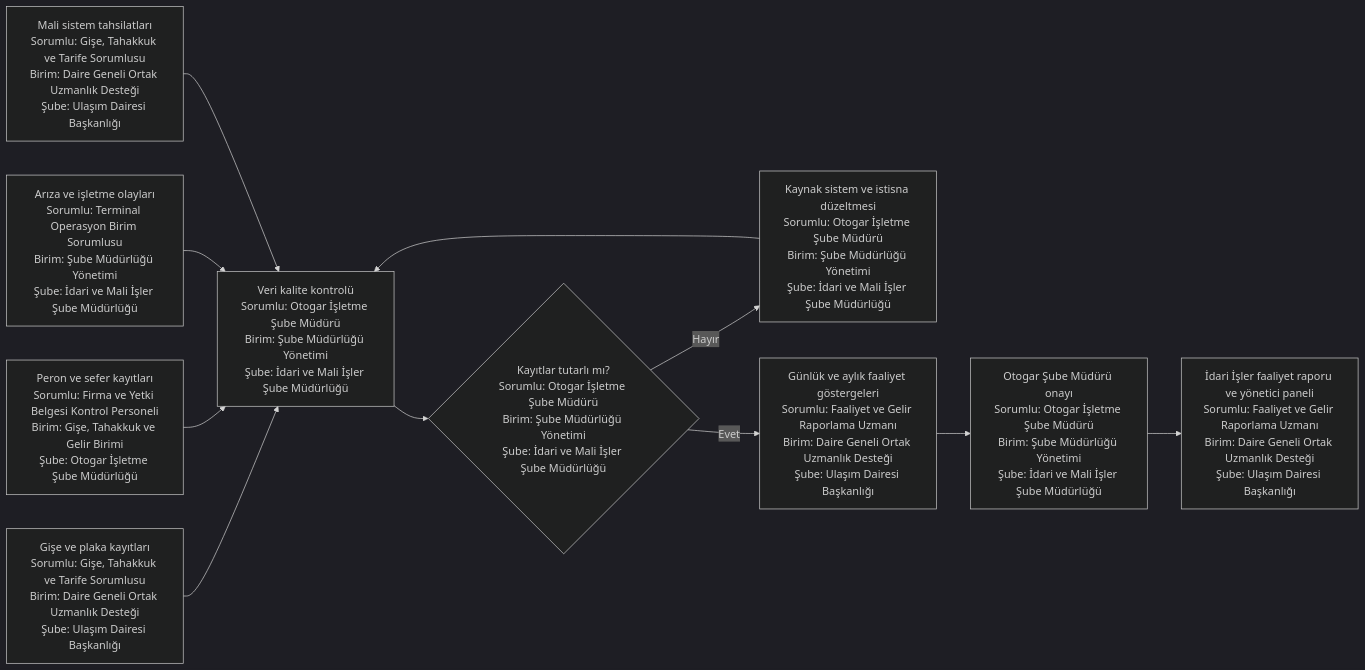
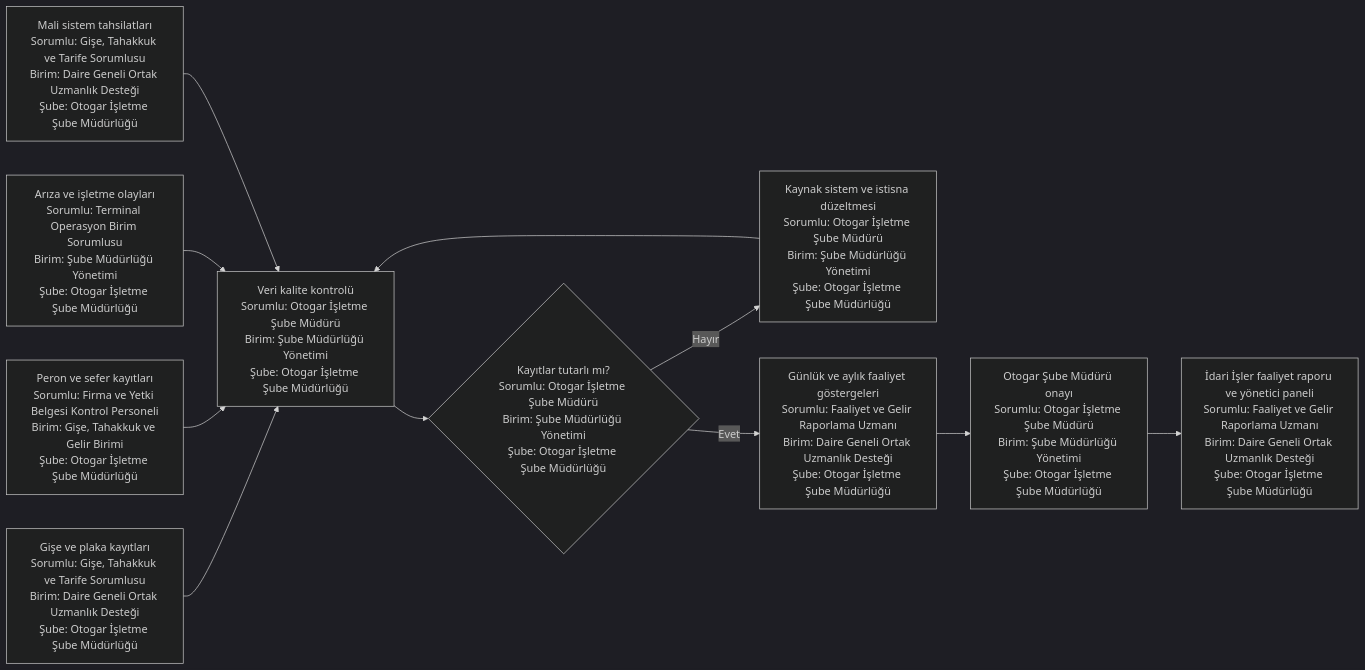
The fourth of 4 diagrams in 15_yalin_surec_haritalari/otogar/README.md (merdaergen-create/Ulasim_Dairesi_Is_Analizi), drawn with Mermaid (dark theme) before and after one commit. The commit also changed other lines of this file and 8 other files, not shown here.

````diff
--- a/15_yalin_surec_haritalari/otogar/README.md
+++ b/15_yalin_surec_haritalari/otogar/README.md
@@ -131,13 +131,13 @@
 ```mermaid
 flowchart LR
-    A[Gişe ve plaka kayıtları<br/>Sorumlu: Gişe, Tahakkuk ve Tarife Sorumlusu<br/>Birim: Daire Geneli Ortak Uzmanlık Desteği<br/>Şube: Ulaşım Dairesi Başkanlığı] --> E[Veri kalite kontrolü<br/>Sorumlu: Otogar İşletme Şube Müdürü<br/>Birim: Şube Müdürlüğü Yönetimi<br/>Şube: İdari ve Mali İşler Şube Müdürlüğü]
+    A[Gişe ve plaka kayıtları<br/>Sorumlu: Gişe, Tahakkuk ve Tarife Sorumlusu<br/>Birim: Daire Geneli Ortak Uzmanlık Desteği<br/>Şube: Otogar İşletme Şube Müdürlüğü] --> E[Veri kalite kontrolü<br/>Sorumlu: Otogar İşletme Şube Müdürü<br/>Birim: Şube Müdürlüğü Yönetimi<br/>Şube: Otogar İşletme Şube Müdürlüğü]
     B[Peron ve sefer kayıtları<br/>Sorumlu: Firma ve Yetki Belgesi Kontrol Personeli<br/>Birim: Gişe, Tahakkuk ve Gelir Birimi<br/>Şube: Otogar İşletme Şube Müdürlüğü] --> E
-    C[Arıza ve işletme olayları<br/>Sorumlu: Terminal Operasyon Birim Sorumlusu<br/>Birim: Şube Müdürlüğü Yönetimi<br/>Şube: İdari ve Mali İşler Şube Müdürlüğü] --> E
-    D[Mali sistem tahsilatları<br/>Sorumlu: Gişe, Tahakkuk ve Tarife Sorumlusu<br/>Birim: Daire Geneli Ortak Uzmanlık Desteği<br/>Şube: Ulaşım Dairesi Başkanlığı] --> E
-    E --> F{Kayıtlar tutarlı mı?<br/>Sorumlu: Otogar İşletme Şube Müdürü<br/>Birim: Şube Müdürlüğü Yönetimi<br/>Şube: İdari ve Mali İşler Şube Müdürlüğü}
-    F -- Hayır --> G[Kaynak sistem ve istisna düzeltmesi<br/>Sorumlu: Otogar İşletme Şube Müdürü<br/>Birim: Şube Müdürlüğü Yönetimi<br/>Şube: İdari ve Mali İşler Şube Müdürlüğü]
+    C[Arıza ve işletme olayları<br/>Sorumlu: Terminal Operasyon Birim Sorumlusu<br/>Birim: Şube Müdürlüğü Yönetimi<br/>Şube: Otogar İşletme Şube Müdürlüğü] --> E
+    D[Mali sistem tahsilatları<br/>Sorumlu: Gişe, Tahakkuk ve Tarife Sorumlusu<br/>Birim: Daire Geneli Ortak Uzmanlık Desteği<br/>Şube: Otogar İşletme Şube Müdürlüğü] --> E
+    E --> F{Kayıtlar tutarlı mı?<br/>Sorumlu: Otogar İşletme Şube Müdürü<br/>Birim: Şube Müdürlüğü Yönetimi<br/>Şube: Otogar İşletme Şube Müdürlüğü}
+    F -- Hayır --> G[Kaynak sistem ve istisna düzeltmesi<br/>Sorumlu: Otogar İşletme Şube Müdürü<br/>Birim: Şube Müdürlüğü Yönetimi<br/>Şube: Otogar İşletme Şube Müdürlüğü]
     G --> E
-    F -- Evet --> H[Günlük ve aylık faaliyet göstergeleri<br/>Sorumlu: Faaliyet ve Gelir Raporlama Uzmanı<br/>Birim: Daire Geneli Ortak Uzmanlık Desteği<br/>Şube: Ulaşım Dairesi Başkanlığı]
-    H --> I[Otogar Şube Müdürü onayı<br/>Sorumlu: Otogar İşletme Şube Müdürü<br/>Birim: Şube Müdürlüğü Yönetimi<br/>Şube: İdari ve Mali İşler Şube Müdürlüğü]
-    I --> J[İdari İşler faaliyet raporu ve yönetici paneli<br/>Sorumlu: Faaliyet ve Gelir Raporlama Uzmanı<br/>Birim: Daire Geneli Ortak Uzmanlık Desteği<br/>Şube: Ulaşım Dairesi Başkanlığı]
+    F -- Evet --> H[Günlük ve aylık faaliyet göstergeleri<br/>Sorumlu: Faaliyet ve Gelir Raporlama Uzmanı<br/>Birim: Daire Geneli Ortak Uzmanlık Desteği<br/>Şube: Otogar İşletme Şube Müdürlüğü]
+    H --> I[Otogar Şube Müdürü onayı<br/>Sorumlu: Otogar İşletme Şube Müdürü<br/>Birim: Şube Müdürlüğü Yönetimi<br/>Şube: Otogar İşletme Şube Müdürlüğü]
+    I --> J[İdari İşler faaliyet raporu ve yönetici paneli<br/>Sorumlu: Faaliyet ve Gelir Raporlama Uzmanı<br/>Birim: Daire Geneli Ortak Uzmanlık Desteği<br/>Şube: Otogar İşletme Şube Müdürlüğü]
 ```
````
